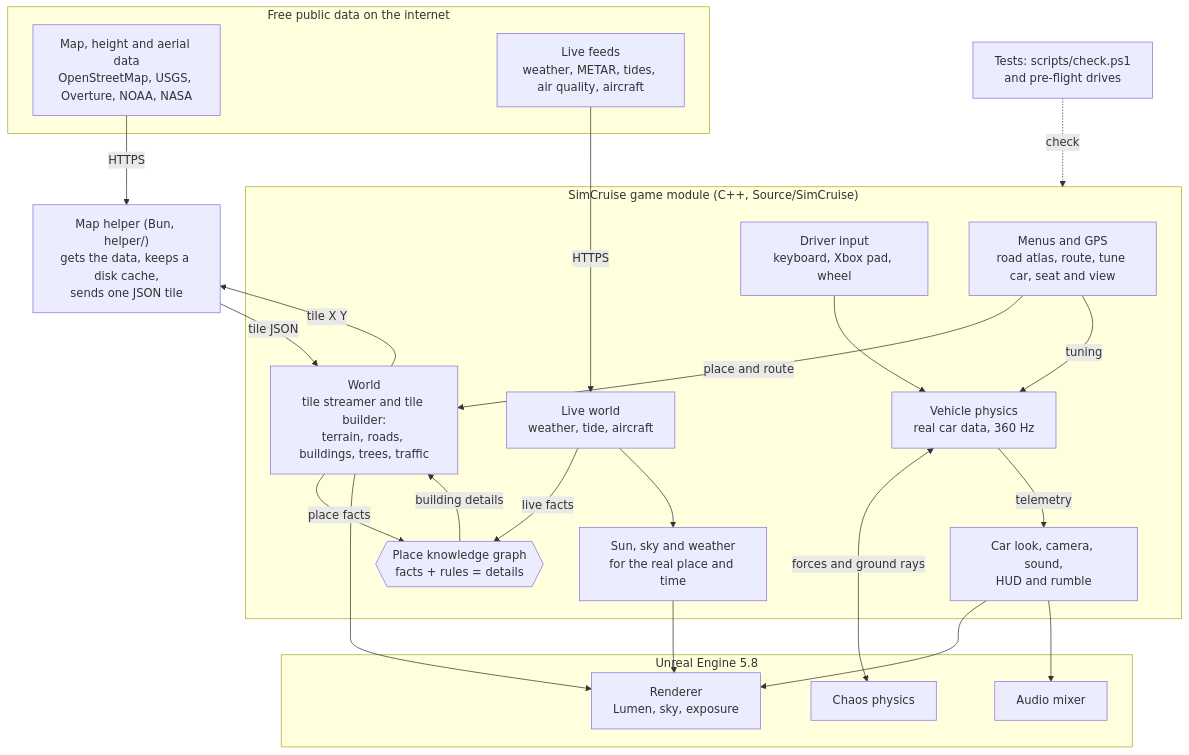
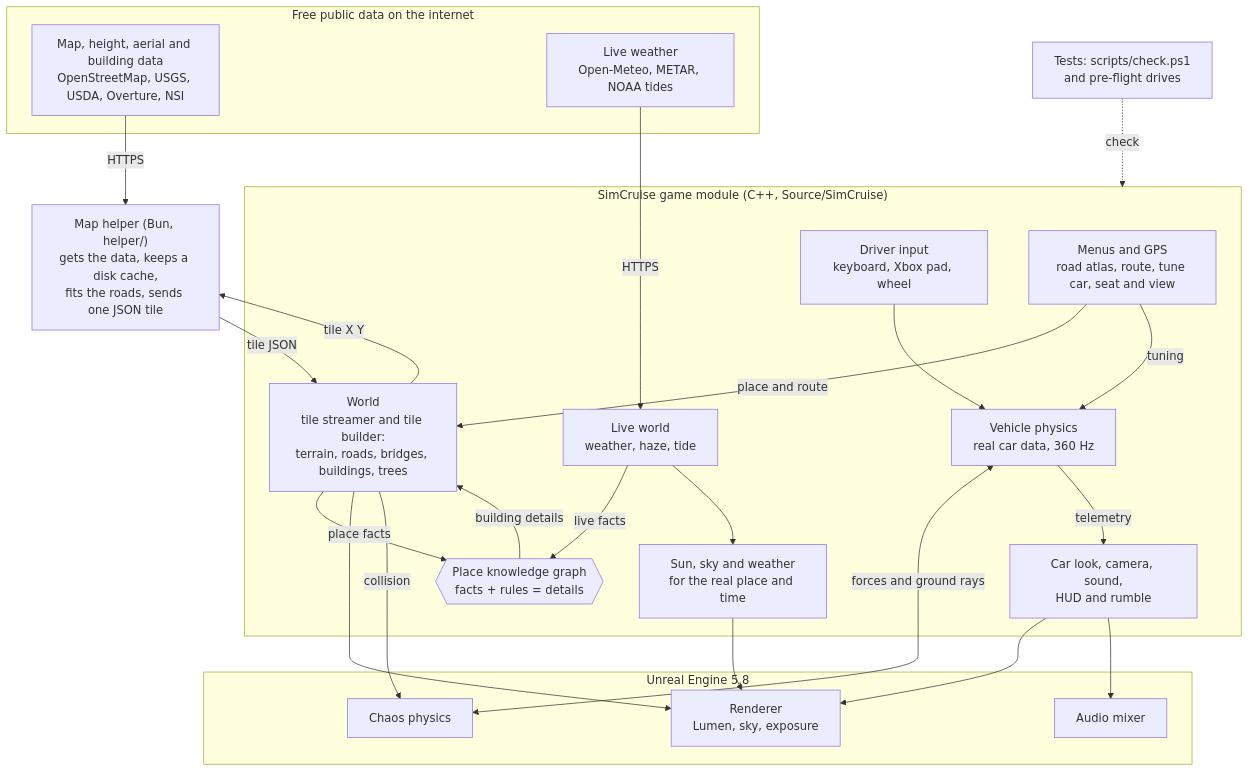
Before and after one commit to simcruisegame/osds: the diagram in README.md, drawn with Mermaid. The commit also changed other lines of this file and 6 other files, not shown here.

First line of the commit message:
Docs for 2.0.3: README, technical deep dive with a diagram of all working parts, credits, data sources

````diff
--- a/README.md
+++ b/README.md
@@ -106,47 +120,48 @@
 ```mermaid
 flowchart TB
   subgraph Internet["Free public data on the internet"]
-    MapData["Map, height and aerial data<br/>OpenStreetMap, USGS, Overture, NOAA, NASA"]
-    Feeds["Live feeds<br/>weather, METAR, tides, air quality, aircraft"]
+    MapData["Map, height, aerial and building data<br/>OpenStreetMap, USGS, USDA, Overture, NSI"]
+    Feeds["Live weather<br/>Open-Meteo, METAR, NOAA tides"]
   end
 
-  Helper["Map helper (Bun, helper/)<br/>gets the data, keeps a disk cache,<br/>sends one JSON tile"]
+  Helper["Map helper (Bun, helper/)<br/>gets the data, keeps a disk cache,<br/>fits the roads, sends one JSON tile"]
 
   subgraph Game["SimCruise game module (C++, Source/SimCruise)"]
     UI["Menus and GPS<br/>road atlas, route, tune car, seat and view"]
-    World["World<br/>tile streamer and tile builder:<br/>terrain, roads, buildings, trees, traffic"]
+    World["World<br/>tile streamer and tile builder:<br/>terrain, roads, bridges, buildings, trees"]
     Graph{{"Place knowledge graph<br/>facts + rules = details"}}
-    Live["Live world<br/>weather, tide, aircraft"]
+    Live["Live world<br/>weather, haze, tide"]
     Env["Sun, sky and weather<br/>for the real place and time"]
     Input["Driver input<br/>keyboard, Xbox pad, wheel"]
     Physics["Vehicle physics<br/>real car data, 360 Hz"]
     Out["Car look, camera, sound,<br/>HUD and rumble"]
   end
 
   subgraph Unreal["Unreal Engine 5.8"]
     Chaos["Chaos physics"]
     Render["Renderer<br/>Lumen, sky, exposure"]
     Mixer["Audio mixer"]
   end
 
   Tests["Tests: scripts/check.ps1<br/>and pre-flight drives"]
 
   MapData -->|HTTPS| Helper
   Feeds -->|HTTPS| Live
   UI -->|place and route| World
   World -->|tile X Y| Helper
   Helper -->|tile JSON| World
   World -->|place facts| Graph
   Live -->|live facts| Graph
   Graph -->|building details| World
   Live --> Env
   UI -->|tuning| Physics
   Input --> Physics
   Physics <-->|forces and ground rays| Chaos
   Physics -->|telemetry| Out
   World --> Render
+  World -->|collision| Chaos
   Env --> Render
   Out --> Render
   Out --> Mixer
   Tests -.->|check| Game
 ```
````
